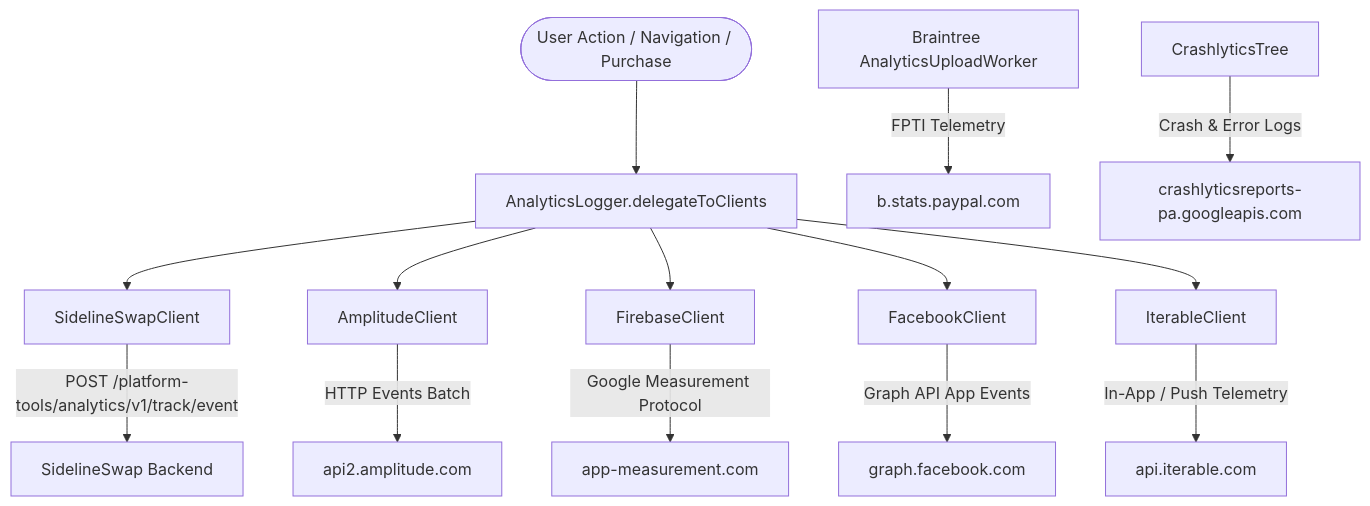
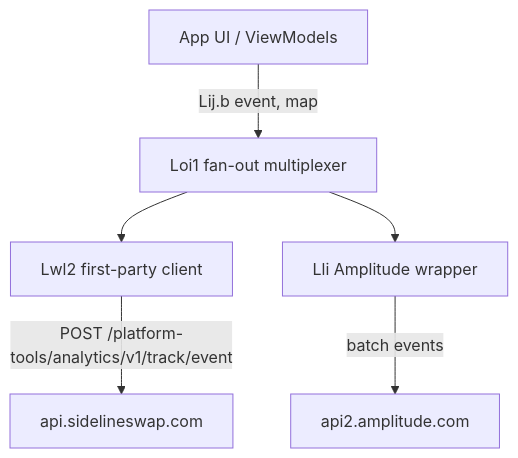
Before and after one commit to ihatenodejs/aidans-patches: the diagram in docs/sidelineswap/architecture.md, drawn with Mermaid. The commit also changed other lines of this file and 8 other files, not shown here.

````diff
--- a/docs/sidelineswap/architecture.md
+++ b/docs/sidelineswap/architecture.md
@@ -62,16 +133,8 @@
 ```mermaid
 flowchart TD
-    User([User Action / Navigation / Purchase]) --> AL[AnalyticsLogger.delegateToClients]
-    AL --> SSC[SidelineSwapClient]
-    AL --> AC[AmplitudeClient]
-    AL --> FC[FirebaseClient]
-    AL --> FBC[FacebookClient]
-    AL --> IC[IterableClient]
-    SSC -->|POST /platform-tools/analytics/v1/track/event| SSServer[SidelineSwap Backend]
-    AC -->|HTTP Events Batch| AmpServer[api2.amplitude.com]
-    FC -->|Google Measurement Protocol| FBServer[app-measurement.com]
-    FBC -->|Graph API App Events| MetaServer[graph.facebook.com]
-    IC -->|In-App / Push Telemetry| IterServer[api.iterable.com]
-    BW[Braintree AnalyticsUploadWorker] -->|FPTI Telemetry| PP[b.stats.paypal.com]
-    CT[CrashlyticsTree] -->|Crash & Error Logs| CR[crashlyticsreports-pa.googleapis.com]
+    UI[App UI / ViewModels] -->|Lij.b event, map| MUX[Loi1 fan-out multiplexer]
+    MUX --> FP[Lwl2 first-party client]
+    MUX --> AMP[Lli Amplitude wrapper]
+    FP -->|POST /platform-tools/analytics/v1/track/event| API[api.sidelineswap.com]
+    AMP -->|batch events| AMPAPI[api2.amplitude.com]
 ```
````
